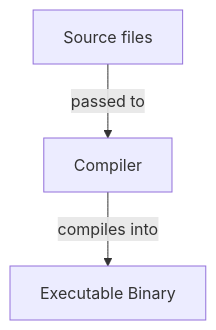
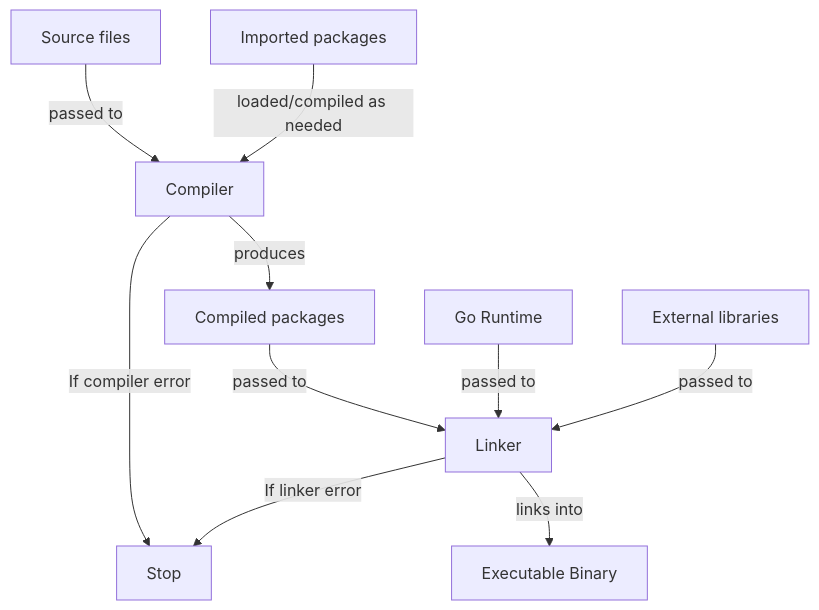
Before and after one commit to keblisch/keblisch.github.io: the diagram in _languages/go.md, drawn with Mermaid. The commit also changed other lines of this file, not shown here.

````diff
--- a/_languages/go.md
+++ b/_languages/go.md
@@ -87,5 +142,12 @@
 ```mermaid
 graph TD
-  source_files[Source files] --> |passed to| compiler[Compiler];
-  compiler --> |compiles into| executable_binary[Executable Binary];
+    source_files[Source files] --> |passed to| compiler[Compiler];
+    imported_packages[Imported packages] --> |loaded/compiled as needed| compiler;
+    compiler --> |If compiler error| stop[Stop];
+    compiler --> |produces| compiled_packages[Compiled packages];
+    compiled_packages --> |passed to| linker[Linker];
+    runtime[Go Runtime] --> |passed to| linker;
+    external_libraries[External libraries] --> |passed to| linker;
+    linker --> |links into| executable_binary[Executable Binary];
+    linker --> |If linker error| stop;
 ```
````
